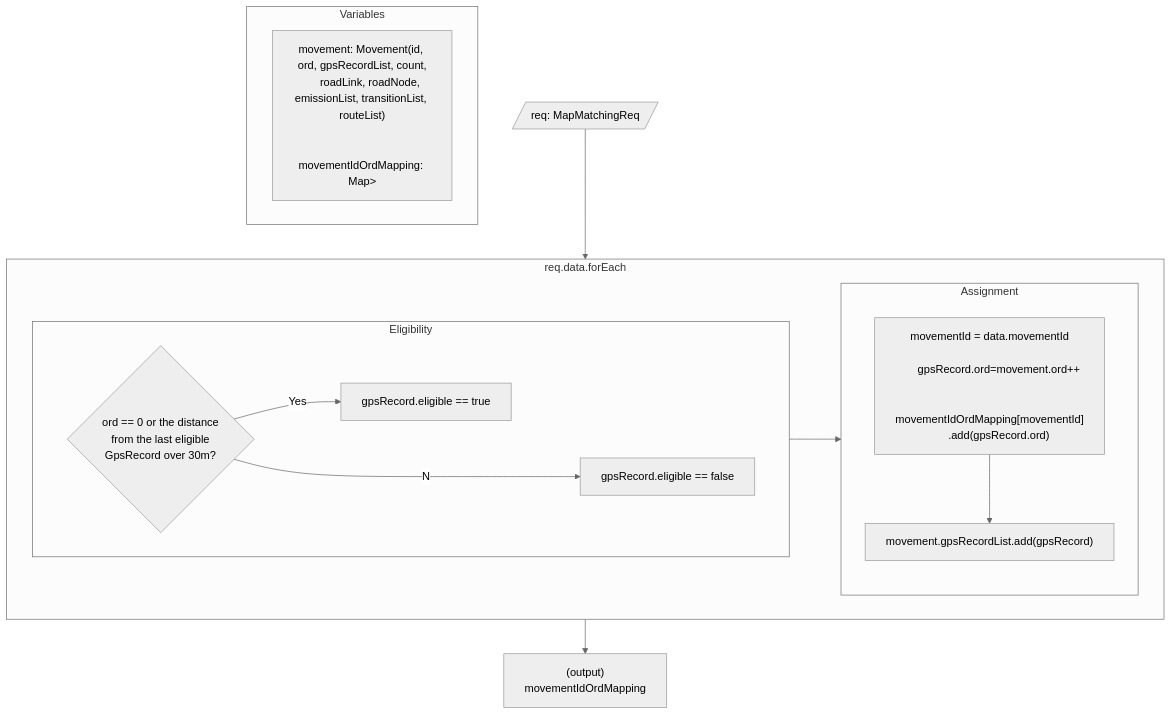
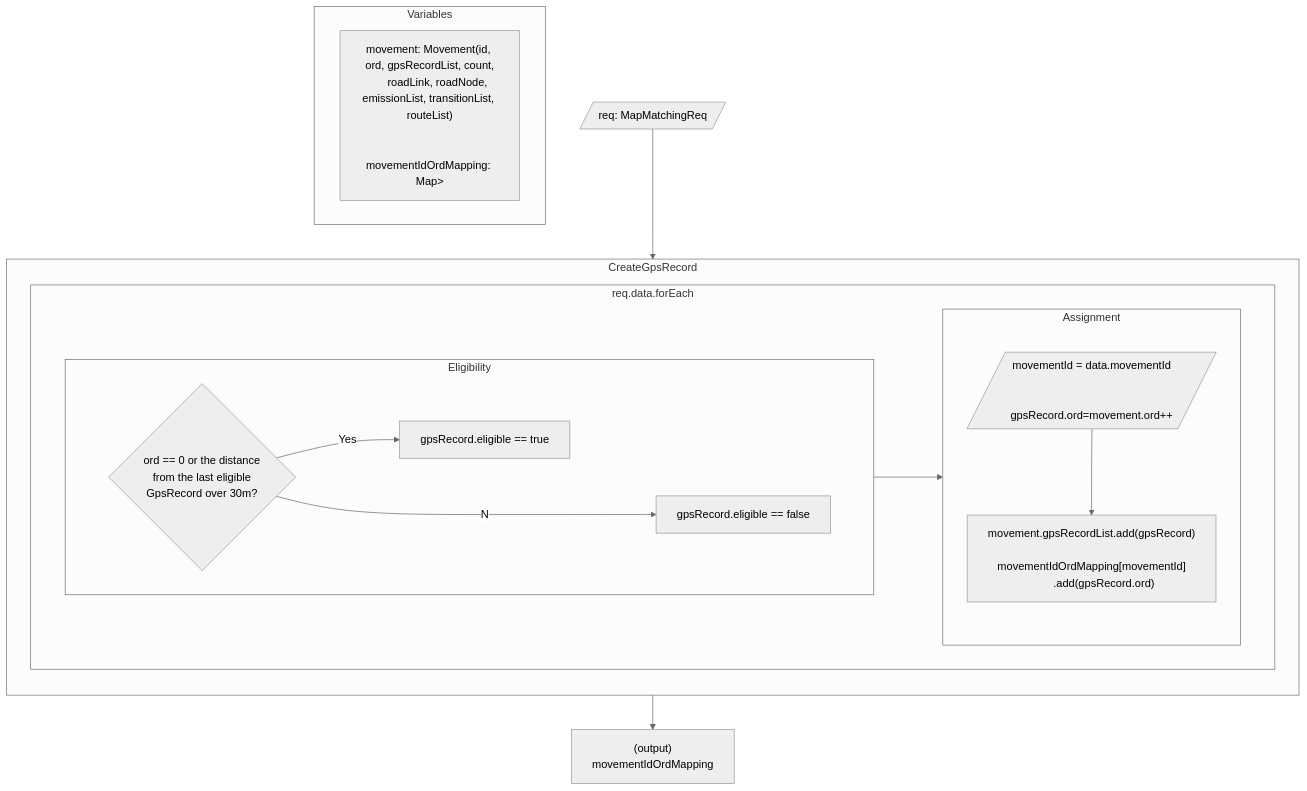
Before and after one commit to tw-yoo/appmeter-revising-flowchart: the diagram in 0_gps_record.mmd, drawn with Mermaid (neutral theme). The commit also changed 5 other files, not shown here.

```diff
--- a/0_gps_record.mmd
+++ b/0_gps_record.mmd
@@ -1,53 +1,58 @@
 flowchart TD
 	Input[/req: MapMatchingReq/]
   Output["
     (output)
     movementIdOrdMapping
   "]
 
-  subgraph Variables
-    Movement["
-      movement: Movement(id, ord, gpsRecordList, count,
-      roadLink, roadNode, emissionList, transitionList, routeList)
-      
-      movementIdOrdMapping: Map<String, List<Int>>
-    "] 
-  end
+  subgraph CreateGpsRecord
+    direction TB
 
-  subgraph req.data.forEach
+    subgraph req.data.forEach
     direction LR
     subgraph Eligibility
       direction LR
       E1{"
         ord == 0 or the distance 
         from the last eligible 
         GpsRecord over 30m?
       "} 
 			ET[gpsRecord.eligible == true]
 			EF[gpsRecord.eligible == false]
 
 			E1 --Yes--> ET
 			E1 --No--> EF
     end
     
     subgraph Assignment
       direction TB
-      Ord["
-      movementId = data.movementId
+      Ord[/"
+        movementId = data.movementId
 
-      gpsRecord.ord=movement.ord++
-
-      movementIdOrdMapping[movementId]
-      .add(gpsRecord.ord)
+        gpsRecord.ord=movement.ord++
+      "/]
+      Add["
+        movement.gpsRecordList.add(gpsRecord)
+        movementIdOrdMapping[movementId]
+        .add(gpsRecord.ord)
       "]
-      Add["movement.gpsRecordList.add(gpsRecord)"]
 
       Ord --> Add
 
     end
 
     Eligibility --> Assignment
 
   end
+  end
 
-Input --> req.data.forEach --> Output
+  subgraph Variables
+    Movement["
+      movement: Movement(id, ord, gpsRecordList, count,
+      roadLink, roadNode, emissionList, transitionList, routeList)
+      
+      movementIdOrdMapping: Map<String, List<Int>>
+    "] 
+  end
+
+Input --> CreateGpsRecord --> Output
```
